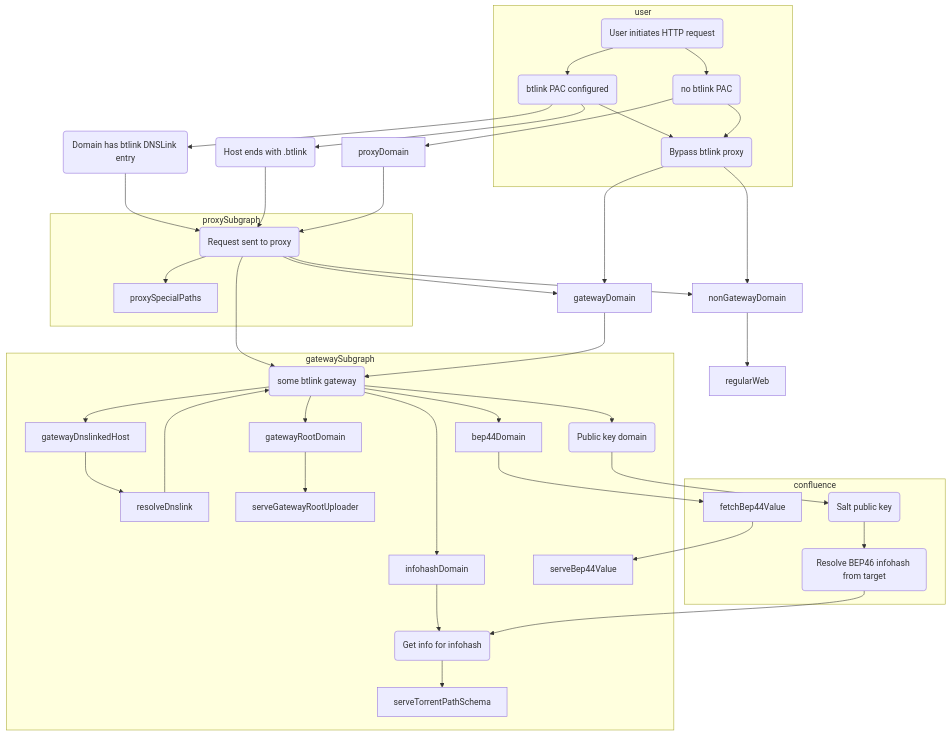
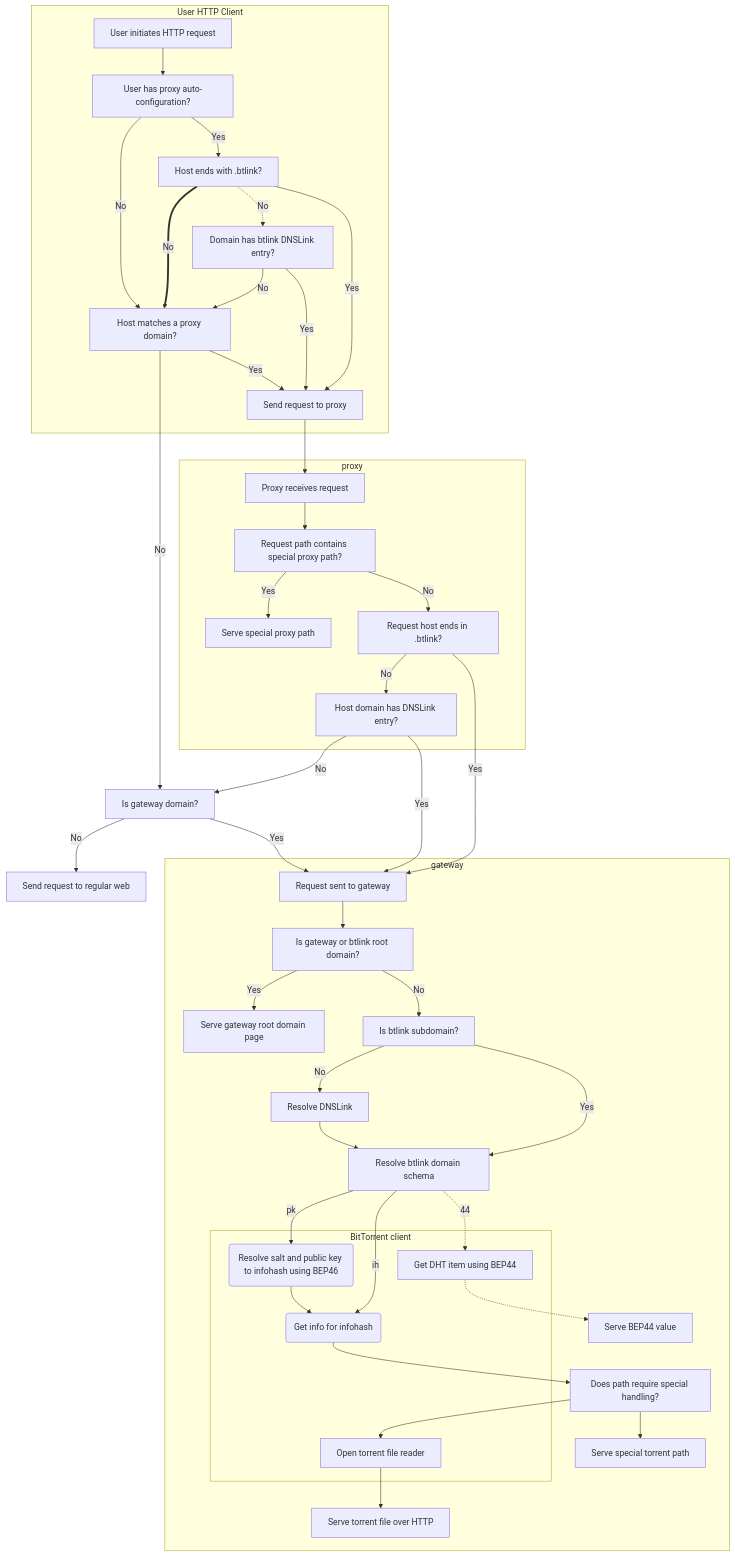
Before and after one commit to anacrolix/btlink: the first of 2 diagrams in README.md, drawn with Mermaid.

Commit message:
Significantly improve request resolution diagram

````diff
--- a/README.md
+++ b/README.md
@@ -11,37 +11,66 @@
 ```mermaid
 flowchart TD
-    subgraph user
-        start
-        btlinkPAC
-        noBtlinkPAC
-        direct
+    regularWeb[Send request to regular web]
+    gatewayDomain[Is gateway domain?]
+    subgraph user [User HTTP Client]
+        start[User initiates HTTP request]
+        checkPAC[User has proxy auto-configuration?]
+        btlinkTLD
+        dnslinkHost        
+        proxyDomain[Host matches a proxy domain?]
+        proxy[Send request to proxy]
     end
-    subgraph proxySubgraph
-        proxy
-        proxySpecialPaths
+    start --> checkPAC
+    checkPAC --> |No| proxyDomain
+    checkPAC --> |Yes| btlinkTLD
+    btlinkTLD ==> |No| proxyDomain
+    btlinkTLD[Host ends with .btlink?] -.-> |No| dnslinkHost[Domain has btlink DNSLink entry?]
+    dnslinkHost --> |No| proxyDomain
+    dnslinkHost --> |Yes| proxy
+    btlinkTLD --> |Yes| proxy
+    proxyDomain --> |No| gatewayDomain
+    proxyDomain --> |Yes| proxy 
+    gatewayDomain --> |No| regularWeb
+    gatewayDomain --> |Yes| gateway
+    proxy --> proxyReceive
+    subgraph proxySubgraph [proxy]
+        proxyReceive[Proxy receives request]
+        proxySpecialPaths[Request path contains special proxy path?]
+        proxyBtlinkDomain[Request host ends in .btlink?]
+        proxyDnslinkHost[Host domain has DNSLink entry?]
+        serveProxySpecialPath[Serve special proxy path]
     end
-    start(User initiates HTTP request) --> btlinkPAC & noBtlinkPAC
-    btlinkPAC(btlink PAC configured) --> dnslinkHost(Domain has btlink DNSLink entry) & btlinkTLD(Host ends with .btlink) --> proxy --> gateway(some btlink gateway)
-    btlinkPAC --> direct
-    noBtlinkPAC(no btlink PAC) --> direct
-    noBtlinkPAC --> proxyDomain --> proxy
-    proxy(Request sent to proxy) --> proxySpecialPaths & gatewayDomain & nonGatewayDomain
-    direct(Bypass btlink proxy) --> gatewayDomain --> gateway
-    direct --> nonGatewayDomain --> regularWeb
-    subgraph gatewaySubgraph
-        gateway --> infohashDomain --> serveInfohashDomain --> serveTorrentPathSchema
-        gateway --> pkDomain(Public key domain)
-        gateway --> gatewayDnslinkedHost --> resolveDnslink --> gateway
-        gateway --> gatewayRootDomain --> serveGatewayRootUploader  
-        bep44Domain
-        serveBep44Value          
+    proxyReceive --> proxySpecialPaths
+    proxySpecialPaths --> |Yes| serveProxySpecialPath
+    proxySpecialPaths --> |No| proxyBtlinkDomain
+    proxyBtlinkDomain --> |No| proxyDnslinkHost
+    proxyBtlinkDomain --> |Yes| gateway
+    proxyDnslinkHost --> |No| gatewayDomain
+    proxyDnslinkHost --> |Yes| gateway
+    subgraph gatewaySubgraph [gateway]
+        gateway[Request sent to gateway]
+        serveBep44Value[Serve BEP44 value]
+        btlinkSubdomain[Resolve btlink domain schema]
+        gatewayResolveDnslink[Resolve DNSLink]
+        gatewayCheckBtlinkSubdomain[Is btlink subdomain?]
+        gatewayRootDomain[Is gateway or btlink root domain?]
+        serveGatewayRootUploader[Serve gateway root domain page]
+        checkSpecialTorrentPath[Does path require special handling?]
+        serveSpecialTorrentPath[Serve special torrent path]
+        gatewayServeTorrentFile[Serve torrent file over HTTP]
+        subgraph torrentClient ["BitTorrent client"]
+            fetchBep44Value[Get DHT item using BEP44]
+            dhtBep46Lookup
+            getTorrentInfo
+            openTorrentFileReader[Open torrent file reader]
+        end    
     end
-    pkDomain --> resolveTarget(Salt public key) --> dhtBep46Lookup(Resolve BEP46 infohash from target) --> serveInfohashDomain(Get info for infohash)
-    gateway --> bep44Domain --> fetchBep44Value --> serveBep44Value
-    subgraph confluence
-        dhtBep46Lookup
-        resolveTarget
-        fetchBep44Value
-        serveInfohashDomain
-    end
+    gateway --> gatewayRootDomain --> |Yes| serveGatewayRootUploader  
+    gatewayRootDomain --> |No| gatewayCheckBtlinkSubdomain
+    gatewayCheckBtlinkSubdomain --> |No| gatewayResolveDnslink --> btlinkSubdomain
+    gatewayCheckBtlinkSubdomain --> |Yes| btlinkSubdomain
+    btlinkSubdomain --> |pk| dhtBep46Lookup(Resolve salt and public key to infohash using BEP46) --> getTorrentInfo(Get info for infohash)
+    btlinkSubdomain --> |ih| getTorrentInfo --> checkSpecialTorrentPath --> serveSpecialTorrentPath
+    checkSpecialTorrentPath --> openTorrentFileReader --> gatewayServeTorrentFile
+    btlinkSubdomain -.-> |44| fetchBep44Value -.-> serveBep44Value
 ```
````
